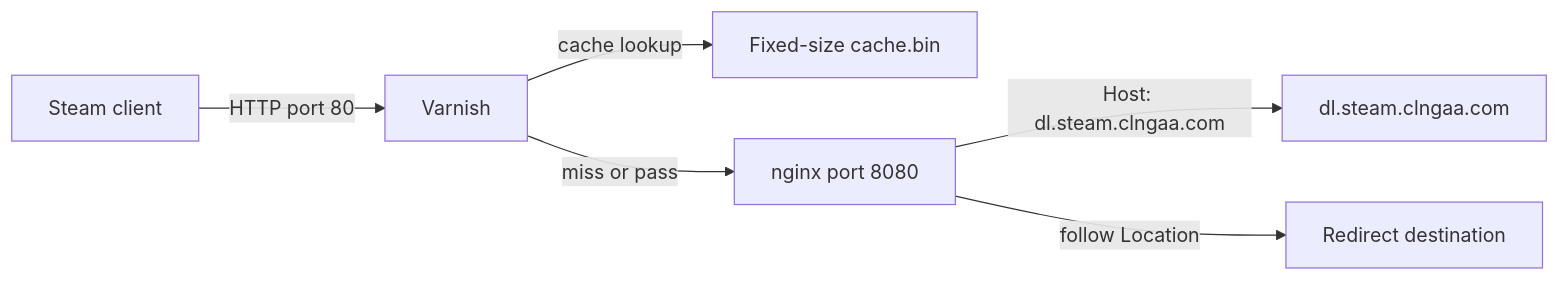
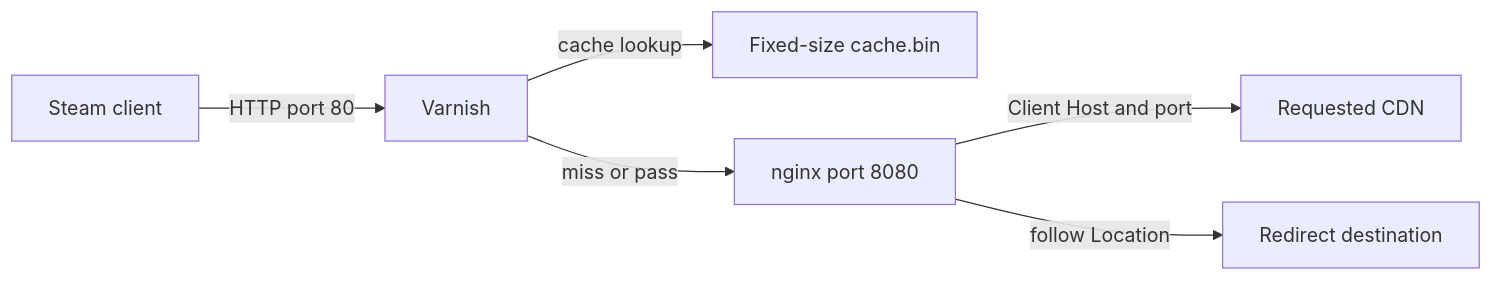
Before and after one commit to RTXUX/lancache-monolithic: the diagram in steam-varnish/README.md, drawn with Mermaid. The commit also changed other lines of this file and 9 other files, not shown here.

First line of the commit message:
feat(varnish)!: route via client Host

````diff
--- a/steam-varnish/README.md
+++ b/steam-varnish/README.md
@@ -7,8 +7,8 @@
 ```mermaid
 flowchart LR
     Steam[Steam client] -->|HTTP port 80| Varnish[Varnish]
     Varnish -->|cache lookup| File[Fixed-size cache.bin]
     Varnish -->|miss or pass| Nginx[nginx port 8080]
-    Nginx -->|Host: dl.steam.clngaa.com| Origin[dl.steam.clngaa.com]
+    Nginx -->|Client Host and port| Origin[Requested CDN]
     Nginx -->|follow Location| CDN[Redirect destination]
 ```
````
